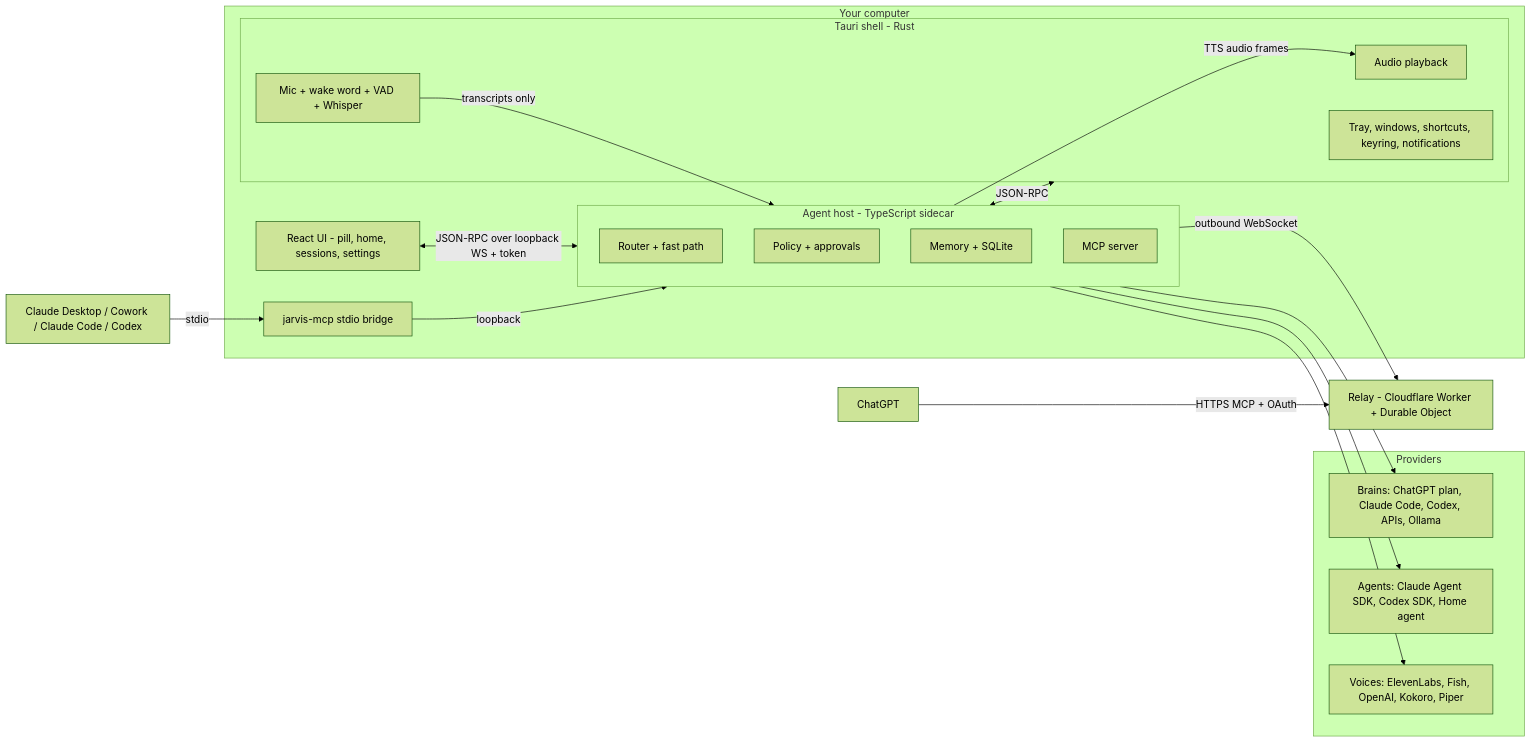
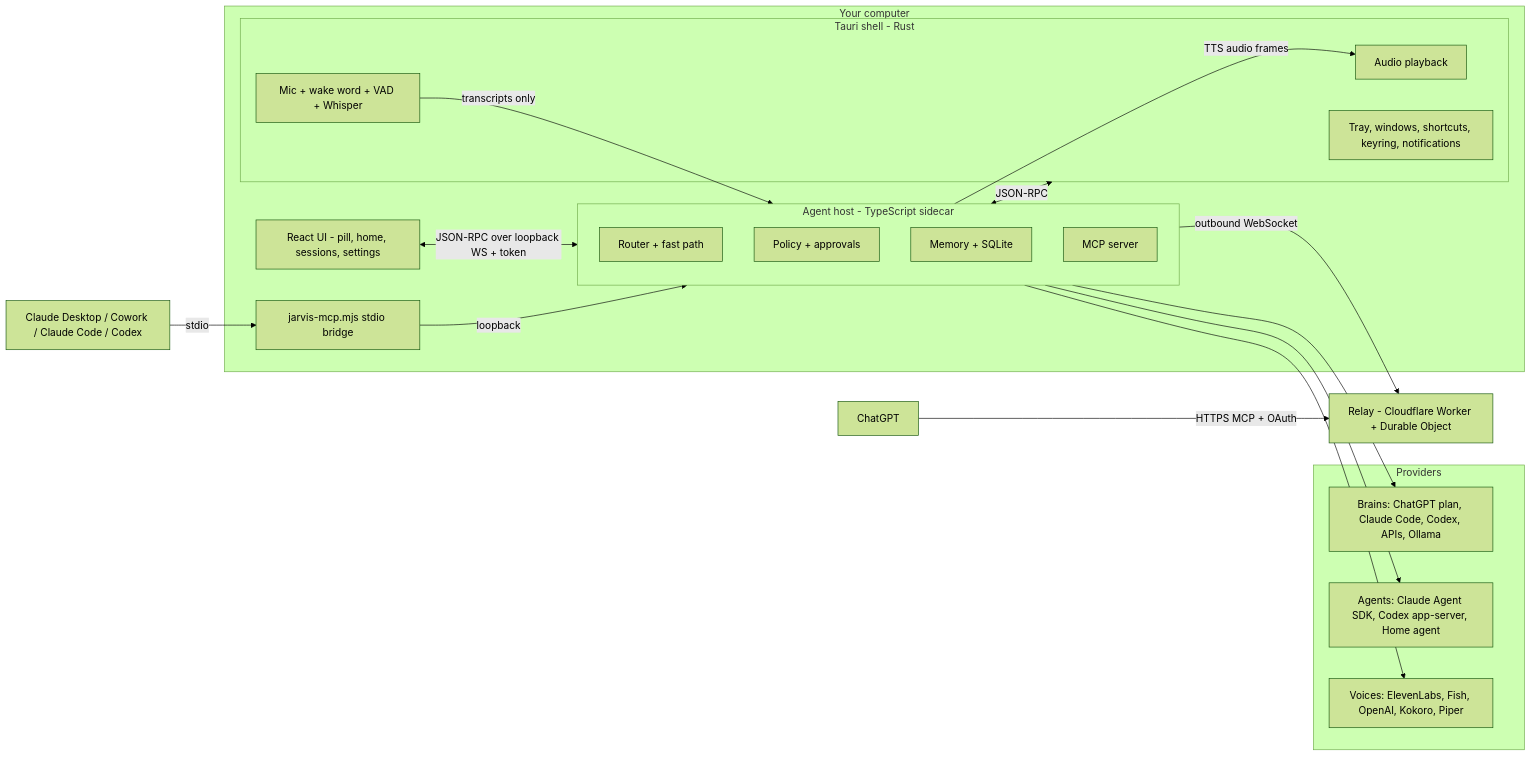
The first of 2 diagrams in docs-site/docs/architecture/overview.md (lopadova/jarvis-desktop), drawn with Mermaid (forest theme) before and after one commit. The commit also changed other lines of this file and 14 other files, not shown here.

````diff
--- a/docs-site/docs/architecture/overview.md
+++ b/docs-site/docs/architecture/overview.md
@@ -12,37 +12,37 @@
 ```mermaid
 flowchart LR
   subgraph Desktop["Your computer"]
     subgraph Shell["Tauri shell - Rust"]
       MIC[Mic + wake word + VAD + Whisper]
       OUT[Audio playback]
       OS[Tray, windows, shortcuts, keyring, notifications]
     end
     UI[React UI - pill, home, sessions, settings]
     subgraph Host["Agent host - TypeScript sidecar"]
       RT[Router + fast path]
       POL[Policy + approvals]
       MEM[Memory + SQLite]
       MCP[MCP server]
     end
-    BR[jarvis-mcp stdio bridge]
+    BR[jarvis-mcp.mjs stdio bridge]
   end
   subgraph Providers["Providers"]
     BRAIN[Brains: ChatGPT plan, Claude Code, Codex, APIs, Ollama]
-    AG[Agents: Claude Agent SDK, Codex SDK, Home agent]
+    AG[Agents: Claude Agent SDK, Codex app-server, Home agent]
     TTS[Voices: ElevenLabs, Fish, OpenAI, Kokoro, Piper]
   end
   RELAY[Relay - Cloudflare Worker + Durable Object]
   CHATGPT[ChatGPT]
   CLAUDE[Claude Desktop / Cowork / Claude Code / Codex]
 
   MIC -->|transcripts only| Host
   Host -->|TTS audio frames| OUT
   UI <-->|JSON-RPC over loopback WS + token| Host
   Shell <-->|JSON-RPC| Host
   Host --> BRAIN
   Host --> AG
   Host --> TTS
   CLAUDE -->|stdio| BR -->|loopback| Host
   CHATGPT -->|HTTPS MCP + OAuth| RELAY
   Host -->|outbound WebSocket| RELAY
 ```
````
